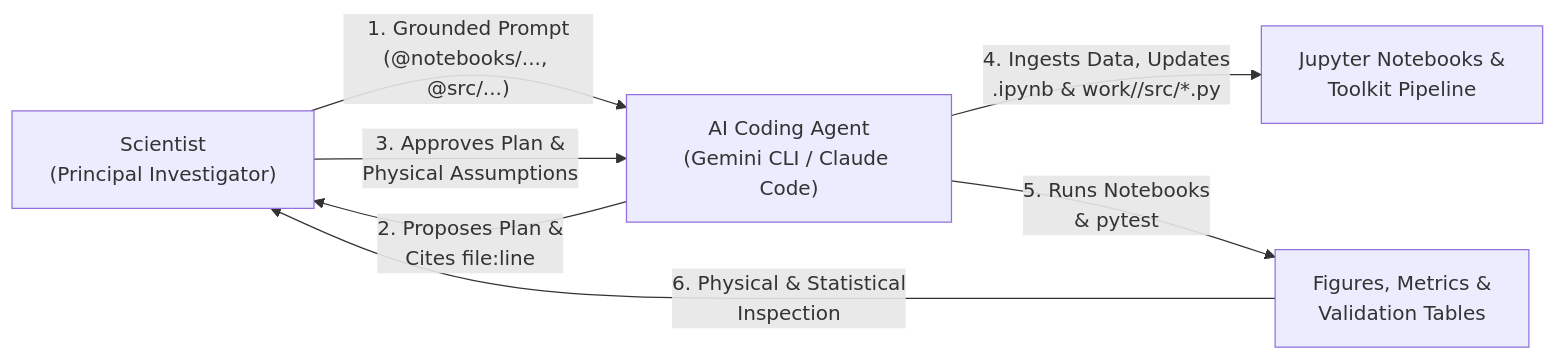
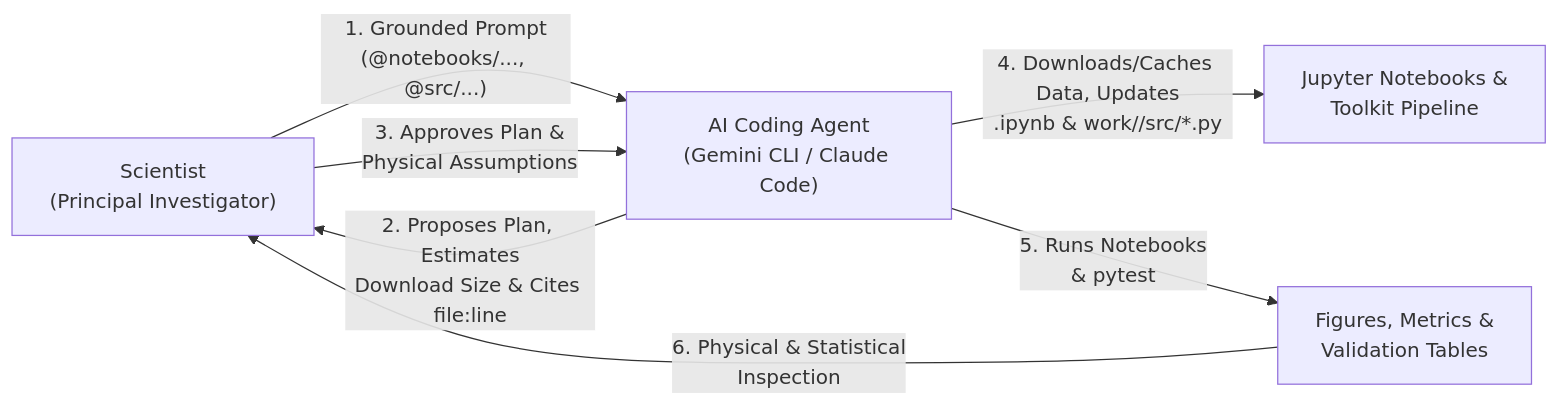
The diagram in workshop-preparation.md (rramosp/helio-workshop), drawn with Mermaid before and after one commit. The commit also changed other lines of this file, not shown here.

````diff
--- a/workshop-preparation.md
+++ b/workshop-preparation.md
@@ -21,9 +21,9 @@
 ```mermaid
 flowchart LR
     Sci["Scientist<br/>(Principal Investigator)"] -->|"1. Grounded Prompt<br/>(@notebooks/..., @src/...)"| Agent["AI Coding Agent<br/>(Gemini CLI / Claude Code)"]
-    Agent -->|"2. Proposes Plan &<br/>Cites file:line"| Sci
+    Agent -->|"2. Proposes Plan, Estimates<br/>Download Size & Cites file:line"| Sci
     Sci -->|"3. Approves Plan &<br/>Physical Assumptions"| Agent
-    Agent -->|"4. Ingests Data, Updates<br/>.ipynb & work/<name>/src/*.py"| NB["Jupyter Notebooks &<br/>Toolkit Pipeline"]
+    Agent -->|"4. Downloads/Caches Data, Updates<br/>.ipynb & work/<name>/src/*.py"| NB["Jupyter Notebooks &<br/>Toolkit Pipeline"]
     Agent -->|"5. Runs Notebooks<br/>& pytest"| Out["Figures, Metrics &<br/>Validation Tables"]
     Out -->|"6. Physical & Statistical<br/>Inspection"| Sci
 ```
````
